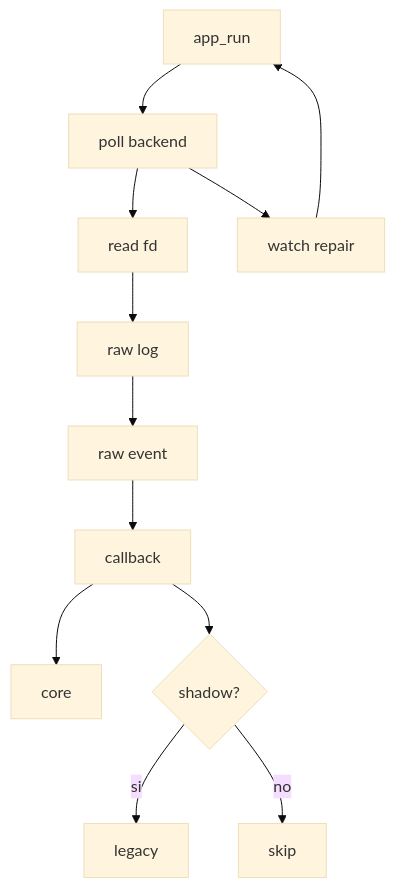
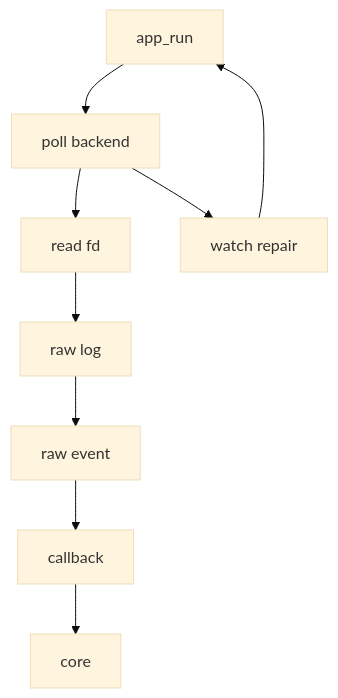
Before and after one commit to kinderp/alfred: the second of 2 diagrams in docs/it/04-livello-applicazione.md, drawn with Mermaid (base theme). The commit also changed other lines of this file and 25 other files, not shown here.

````diff
--- a/docs/it/04-livello-applicazione.md
+++ b/docs/it/04-livello-applicazione.md
@@ -136,14 +135,11 @@
 ```mermaid
 flowchart TD
     A[app_run] --> B[poll backend]
     B --> C[read fd]
     C --> D[raw log]
     D --> E[raw event]
     E --> F[callback]
     F --> G[core]
-    F --> H{shadow?}
-    H -->|si| I[legacy]
-    H -->|no| J[skip]
     B --> K[watch repair]
     K --> A
 ```
````
